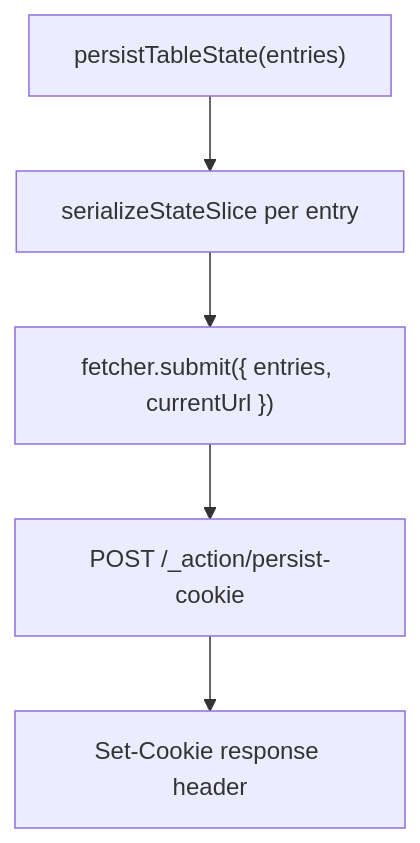
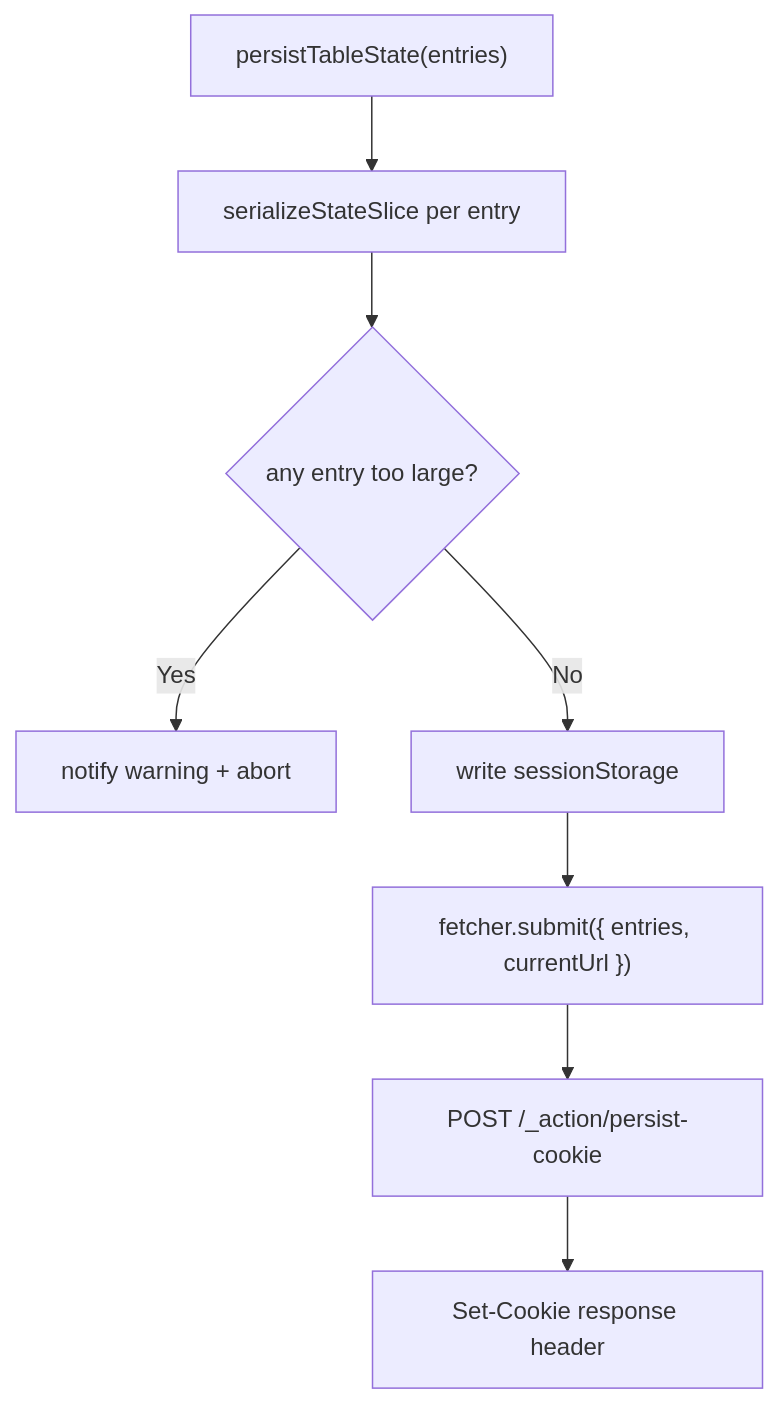
One commit to luciocabrera/lcabrera-stack changed the fourth of 4 diagrams in apps/react-router/src/components/Table/hooks/ARCHITECTURE.md. Above: the diagram before and after it, drawn with Mermaid. The commit also changed other lines of this file and 30 other files, not shown here.

````diff
--- a/apps/react-router/src/components/Table/hooks/ARCHITECTURE.md
+++ b/apps/react-router/src/components/Table/hooks/ARCHITECTURE.md
@@ -83,7 +83,10 @@
 ```mermaid
 graph TD
   Action["persistTableState(entries)"] --> Serialize["serializeStateSlice per entry"]
-  Serialize --> Submit["fetcher.submit({ entries, currentUrl })"]
+  Serialize --> Check{"any entry too large?"}
+  Check -->|Yes| Warn["notify warning + abort"]
+  Check -->|No| Session["write sessionStorage"]
+  Session --> Submit["fetcher.submit({ entries, currentUrl })"]
   Submit --> Route["POST /_action/persist-cookie"]
   Route --> Cookie["Set-Cookie response header"]
 ```
````
